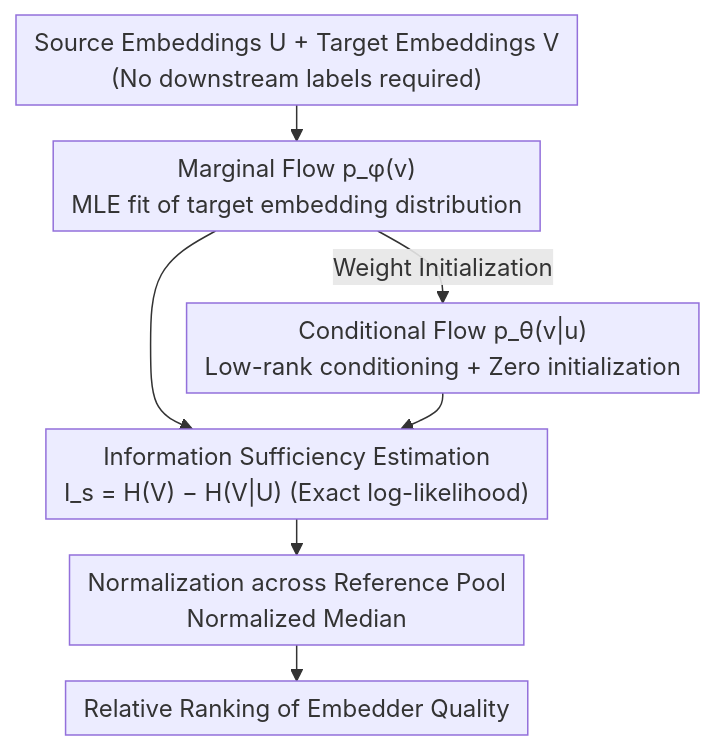
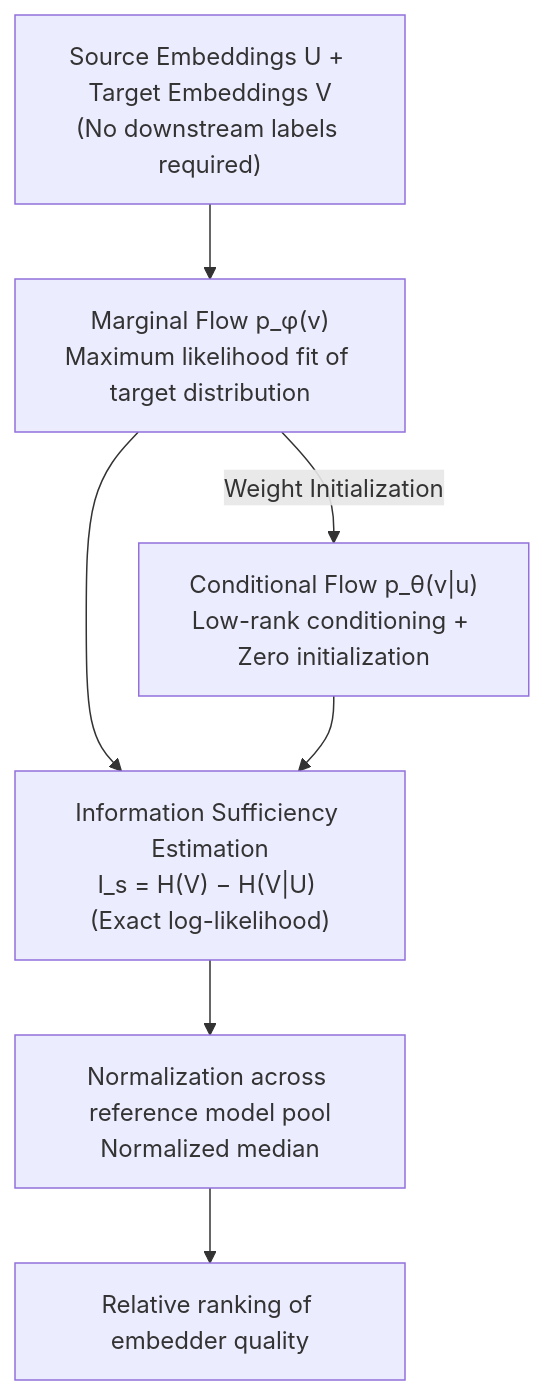
Before and after one commit to zhaoyang97/Paper-Notes-en: the diagram in docs/ACL2026/information_retrieval/flare_task-agnostic_embedding_model_evaluation_through_a_normalization_process.md, drawn with Mermaid. The commit also changed other lines of this file and 5084 other files, not shown here.

````diff
--- a/docs/ACL2026/information_retrieval/flare_task-agnostic_embedding_model_evaluation_through_a_normalization_process.md
+++ b/docs/ACL2026/information_retrieval/flare_task-agnostic_embedding_model_evaluation_through_a_normalization_process.md
@@ -44,10 +44,9 @@
 ```mermaid
-%%{init: {'flowchart': {'rankSpacing': 24, 'nodeSpacing': 28, 'padding': 6, 'wrappingWidth': 400}}}%%
-flowchart TD
-    A["Source Embeddings U + Target Embeddings V<br/>(No downstream labels required)"] --> B["Marginal Flow p_φ(v)<br/>MLE fit of target embedding distribution"]
+graph TD
+    A["Source Embeddings U + Target Embeddings V<br/>(No downstream labels required)"] --> B["Marginal Flow p_φ(v)<br/>Maximum likelihood fit of target distribution"]
     B -->|Weight Initialization| C["Conditional Flow p_θ(v|u)<br/>Low-rank conditioning + Zero initialization"]
     B --> D["Information Sufficiency Estimation<br/>I_s = H(V) − H(V|U) (Exact log-likelihood)"]
     C --> D
-    D --> E["Normalization across Reference Pool<br/>Normalized Median"]
-    E --> F["Relative Ranking of Embedder Quality"]
+    D --> E["Normalization across reference model pool<br/>Normalized median"]
+    E --> F["Relative ranking of embedder quality"]
 ```
````
